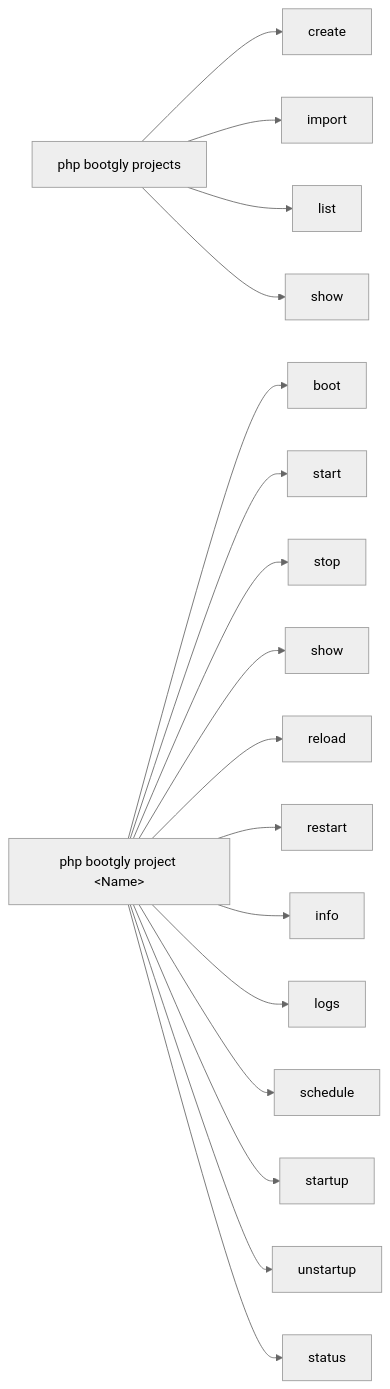
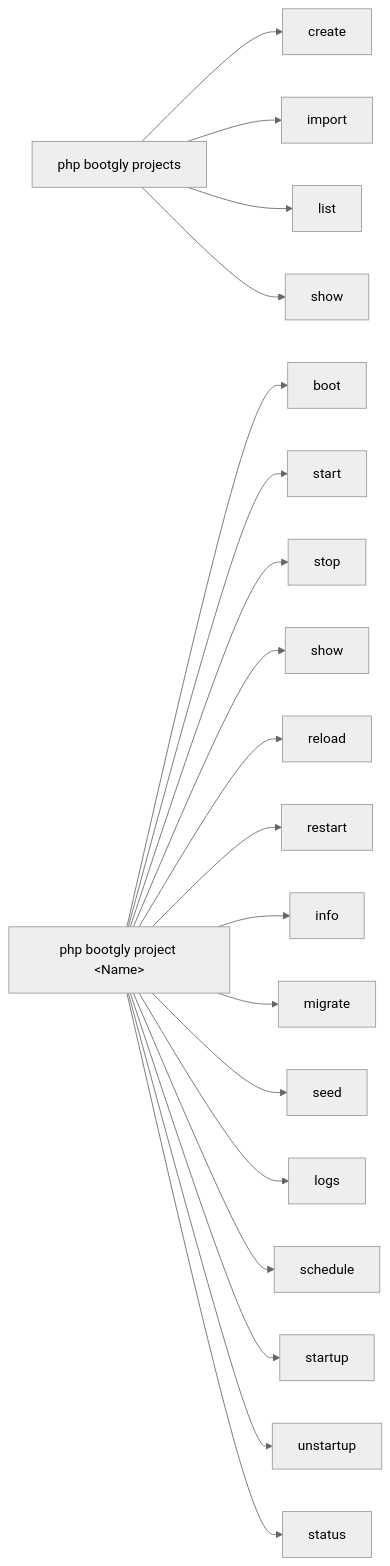
Before and after one commit to bootgly/bootgly_docs: the first of 2 diagrams in src/pages/manual/Bootgly/essential/projects.overview.en-US.md, drawn with Mermaid (neutral theme). The commit also changed other lines of this file and 15 other files, not shown here.

First line of the commit message:
docs(manual): deepen ADI schema, migrations, seeders and project CLI docs

````diff
--- a/src/pages/manual/Bootgly/essential/projects.overview.en-US.md
+++ b/src/pages/manual/Bootgly/essential/projects.overview.en-US.md
@@ -146,21 +146,23 @@
 ```mermaid
 graph LR
   projects["php bootgly projects"]
   projects --> create["create"]
   projects --> import["import"]
   projects --> list["list"]
   projects --> ps["show"]
   project["php bootgly project &lt;Name&gt;"]
   project --> boot["boot"]
   project --> start["start"]
   project --> stop["stop"]
   project --> show["show"]
   project --> reload["reload"]
   project --> restart["restart"]
   project --> info["info"]
+  project --> migrate["migrate"]
+  project --> seed["seed"]
   project --> logs["logs"]
   project --> schedule["schedule"]
   project --> startup["startup"]
   project --> unstartup["unstartup"]
   project --> status["status"]
 ```
````
